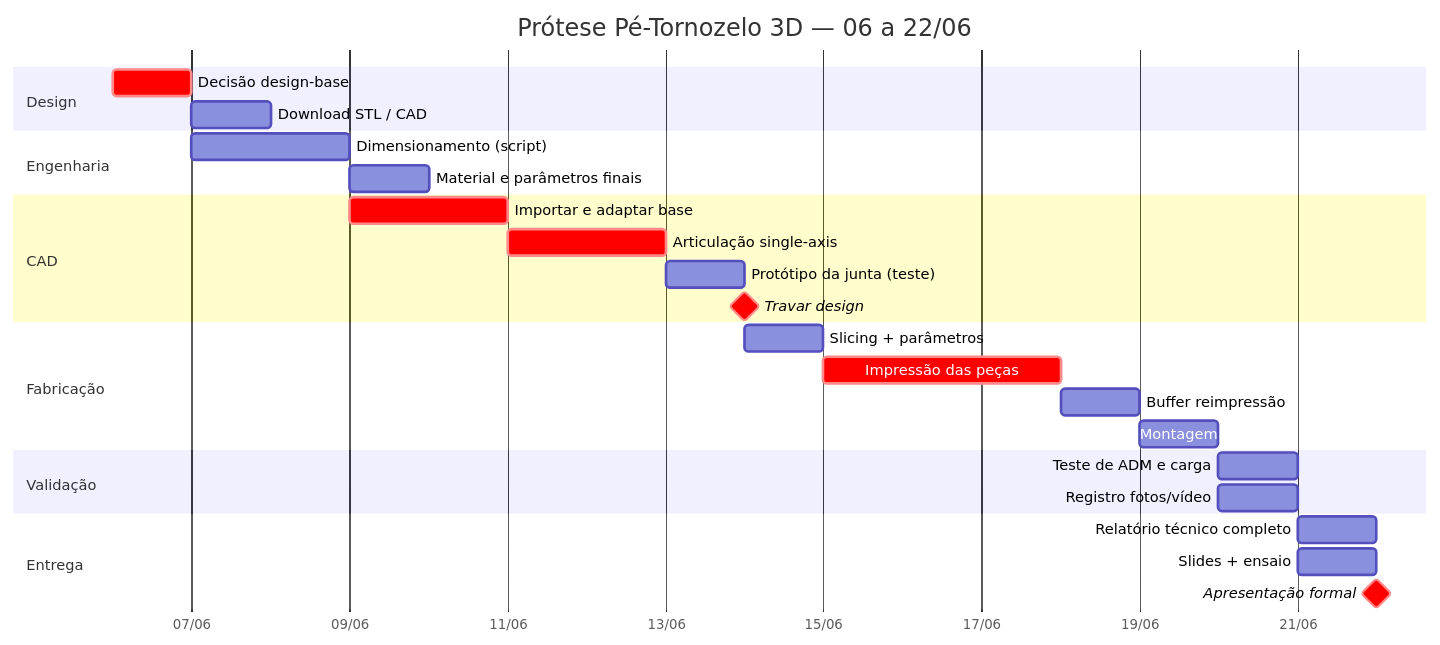
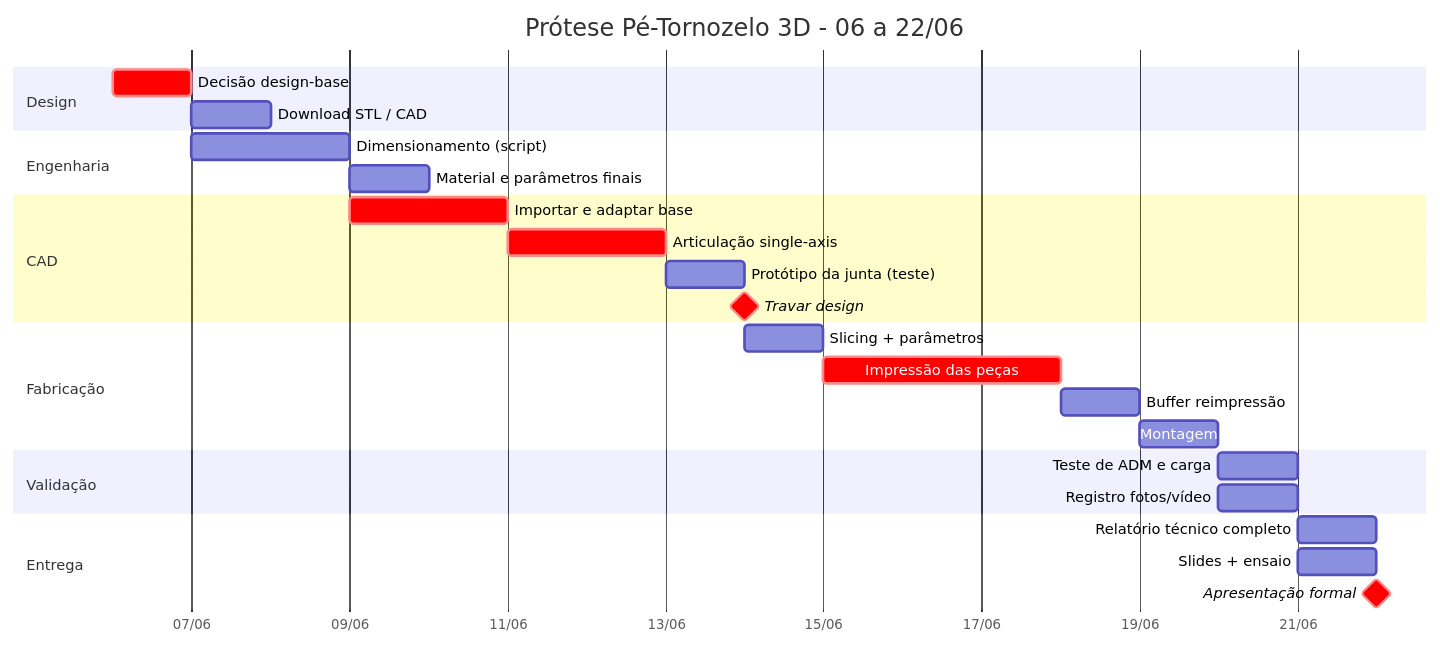
One commit to Sowsoc/ankle-foot-prosthesis-3d changed the diagram in ROADMAP.md. Above: the diagram before and after it, drawn with Mermaid. The commit also changed other lines of this file, not shown here.

Commit message:
protese-tornozelo: ROADMAP - substituir em dash por hífen

````diff
--- a/ROADMAP.md
+++ b/ROADMAP.md
@@ -11,35 +11,35 @@
 ```mermaid
 gantt
-    title Prótese Pé-Tornozelo 3D — 06 a 22/06
+    title Prótese Pé-Tornozelo 3D - 06 a 22/06
     dateFormat  YYYY-MM-DD
     axisFormat  %d/%m
 
     section Design
     Decisão design-base          :crit, d1, 2026-06-06, 1d
     Download STL / CAD           :d2, after d1, 1d
 
     section Engenharia
     Dimensionamento (script)     :e1, 2026-06-07, 2d
     Material e parâmetros finais :e2, after e1, 1d
 
     section CAD
     Importar e adaptar base      :crit, c1, 2026-06-09, 2d
     Articulação single-axis      :crit, c2, after c1, 2d
     Protótipo da junta (teste)   :c3, after c2, 1d
     Travar design                :milestone, crit, 2026-06-14, 0d
 
     section Fabricação
     Slicing + parâmetros         :s1, 2026-06-14, 1d
     Impressão das peças          :crit, p1, 2026-06-15, 3d
     Buffer reimpressão           :p2, after p1, 1d
     Montagem                     :m1, 2026-06-19, 1d
 
     section Validação
     Teste de ADM e carga         :v1, 2026-06-20, 1d
     Registro fotos/vídeo         :v2, 2026-06-20, 1d
 
     section Entrega
     Relatório técnico completo   :r1, 2026-06-21, 1d
     Slides + ensaio              :r2, 2026-06-21, 1d
     Apresentação formal          :milestone, crit, 2026-06-22, 0d
 ```
````
